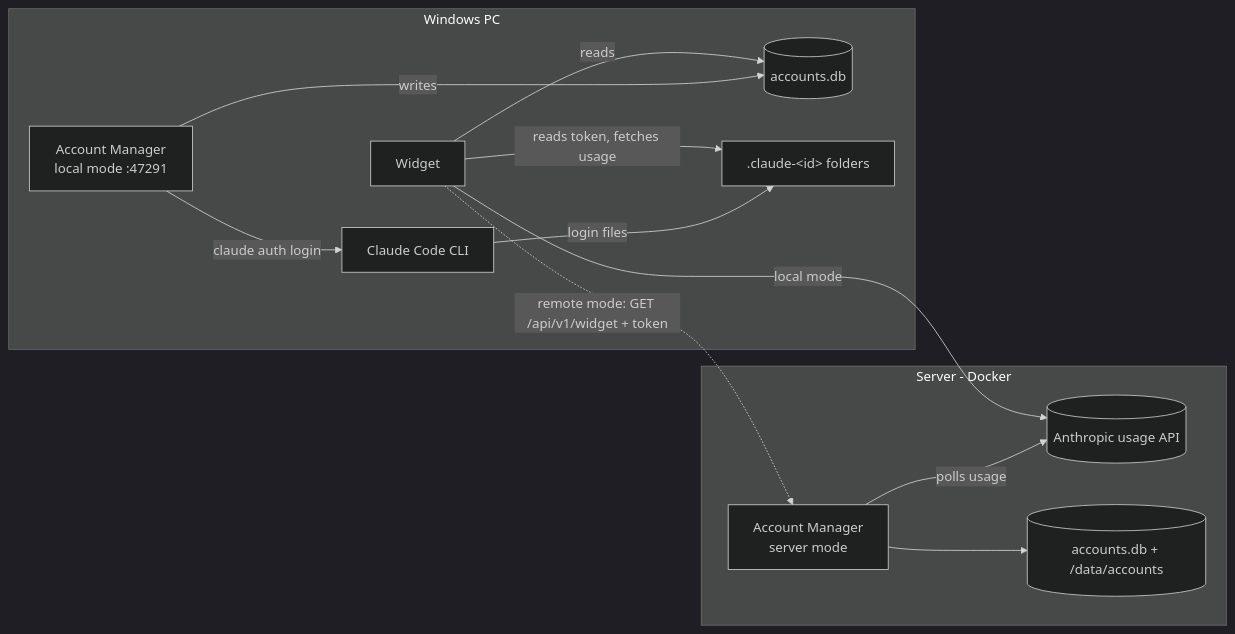
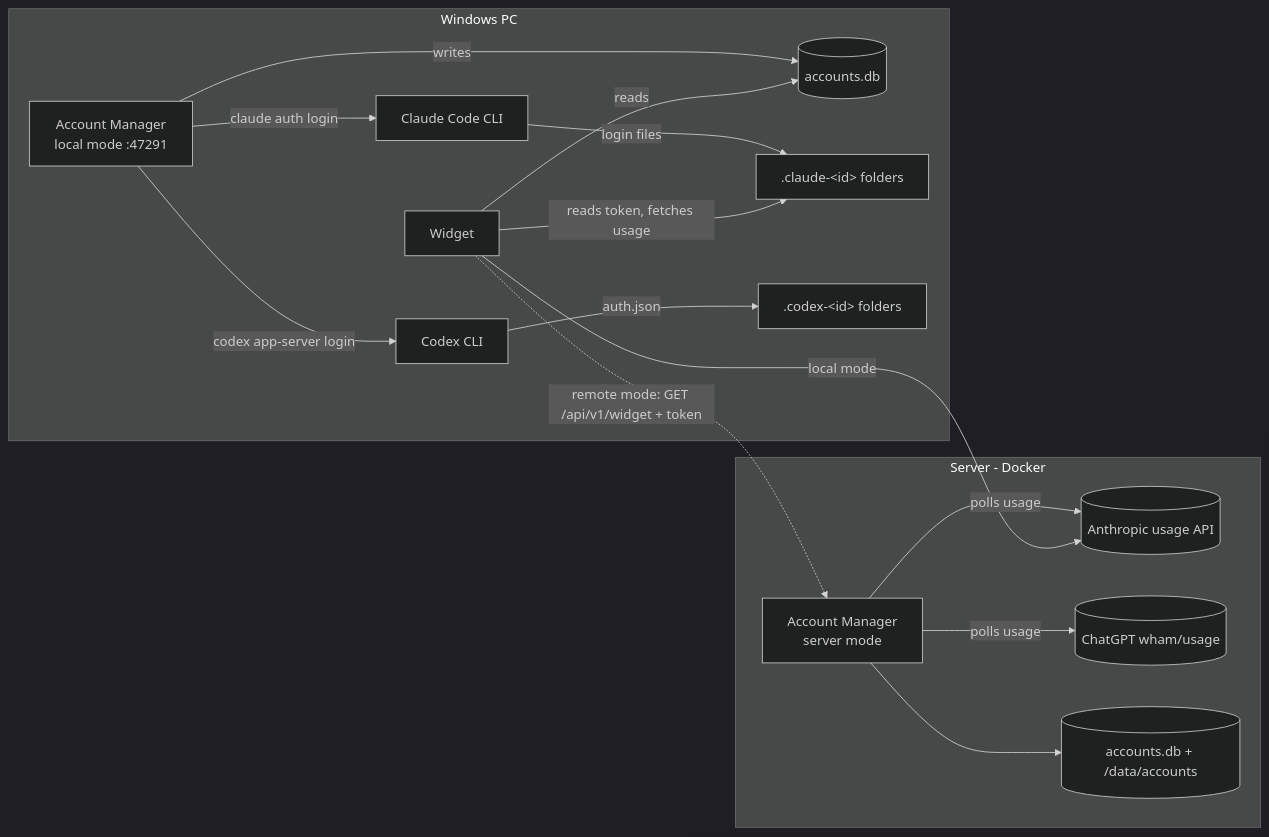
One commit to dxiiren/Claude-Code-Usage-Monitor changed the diagram in .docs/01-overview/project-overview.md. Above: the diagram before and after it, drawn with Mermaid (dark theme). The commit also changed other lines of this file and 46 other files, not shown here.

````diff
--- a/.docs/01-overview/project-overview.md
+++ b/.docs/01-overview/project-overview.md
@@ -23,16 +24,19 @@
 ```mermaid
 flowchart LR
   subgraph PC[Windows PC]
     AM[Account Manager<br/>local mode :47291] -- writes --> DB[(accounts.db)]
     AM -- claude auth login --> CLI[Claude Code CLI]
+    AM -- codex app-server login --> CCLI[Codex CLI]
     CLI -- login files --> CFG[.claude-&lt;id&gt; folders]
+    CCLI -- auth.json --> CCFG[.codex-&lt;id&gt; folders]
     W[Widget] -- reads --> DB
     W -- reads token, fetches usage --> CFG
   end
   subgraph SRV[Server - Docker]
     SAM[Account Manager<br/>server mode] -- polls usage --> ANT[(Anthropic usage API)]
+    SAM -- polls usage --> OAI[(ChatGPT wham/usage)]
     SAM --> SDB[(accounts.db + /data/accounts)]
   end
   W -. remote mode: GET /api/v1/widget + token .-> SAM
   W -- local mode --> ANT
 ```
````
